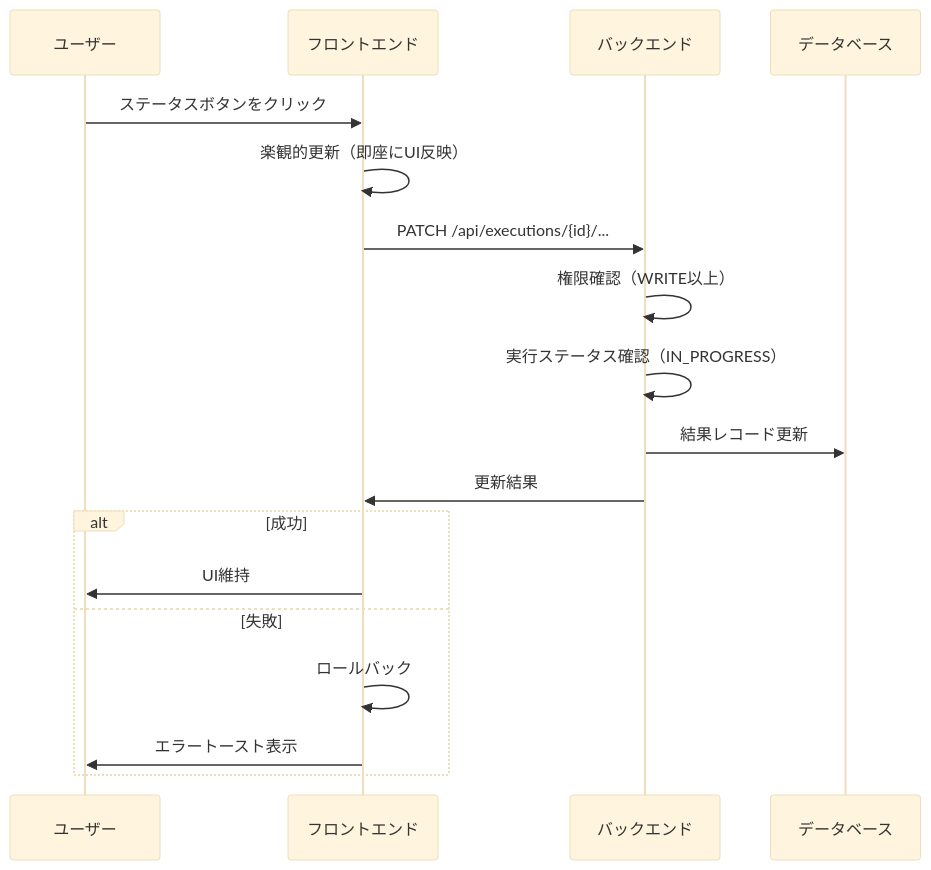
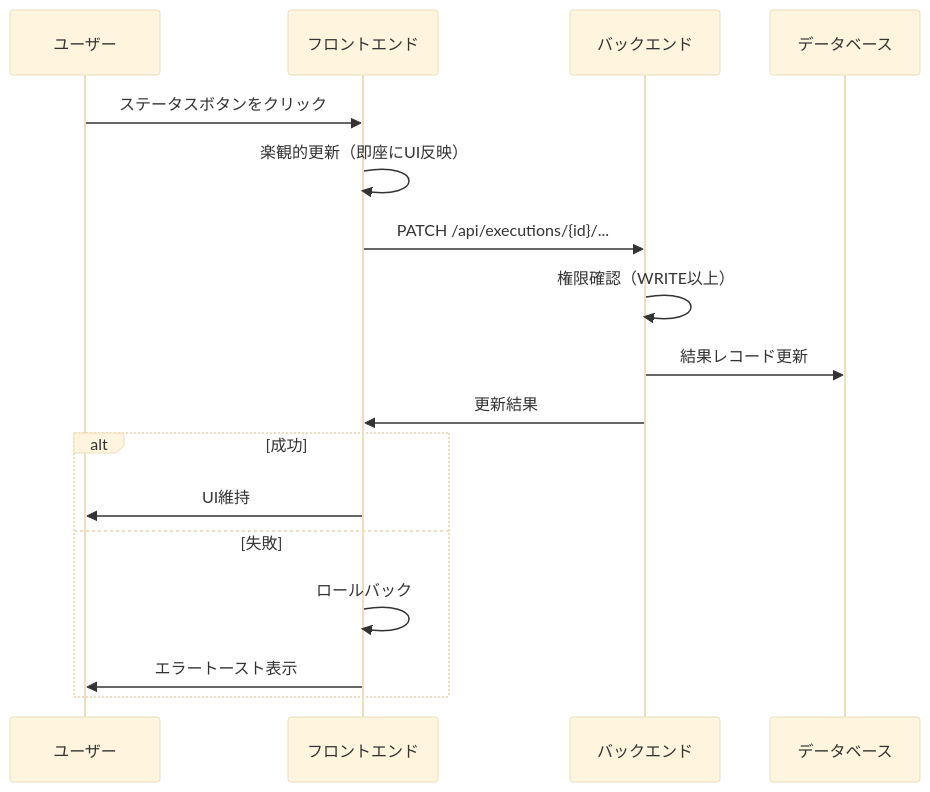
Before and after one commit to tsutsumi389/agentest: the second of 5 diagrams in docs/architecture/features/test-execution.md, drawn with Mermaid (base theme). The commit also changed other lines of this file and 3 other files, not shown here.

````diff
--- a/docs/architecture/features/test-execution.md
+++ b/docs/architecture/features/test-execution.md
@@ -220,21 +213,20 @@
 ```mermaid
 sequenceDiagram
     participant U as ユーザー
     participant F as フロントエンド
     participant B as バックエンド
     participant DB as データベース
 
     U->>F: ステータスボタンをクリック
     F->>F: 楽観的更新（即座にUI反映）
     F->>B: PATCH /api/executions/{id}/...
     B->>B: 権限確認（WRITE以上）
-    B->>B: 実行ステータス確認（IN_PROGRESS）
     B->>DB: 結果レコード更新
     B->>F: 更新結果
     alt 成功
         F->>U: UI維持
     else 失敗
         F->>F: ロールバック
         F->>U: エラートースト表示
     end
 ```
````
